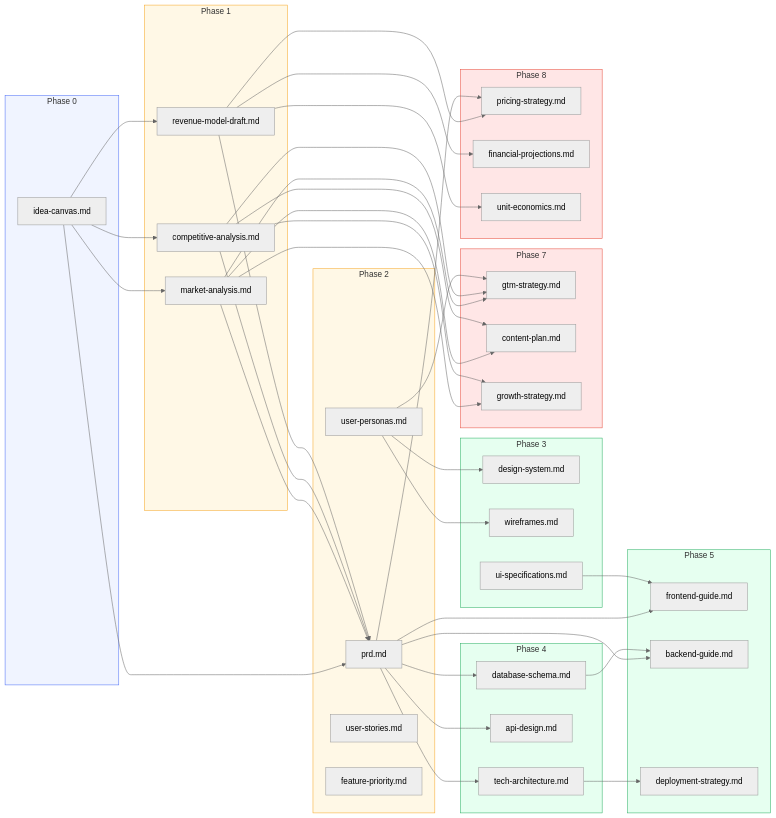
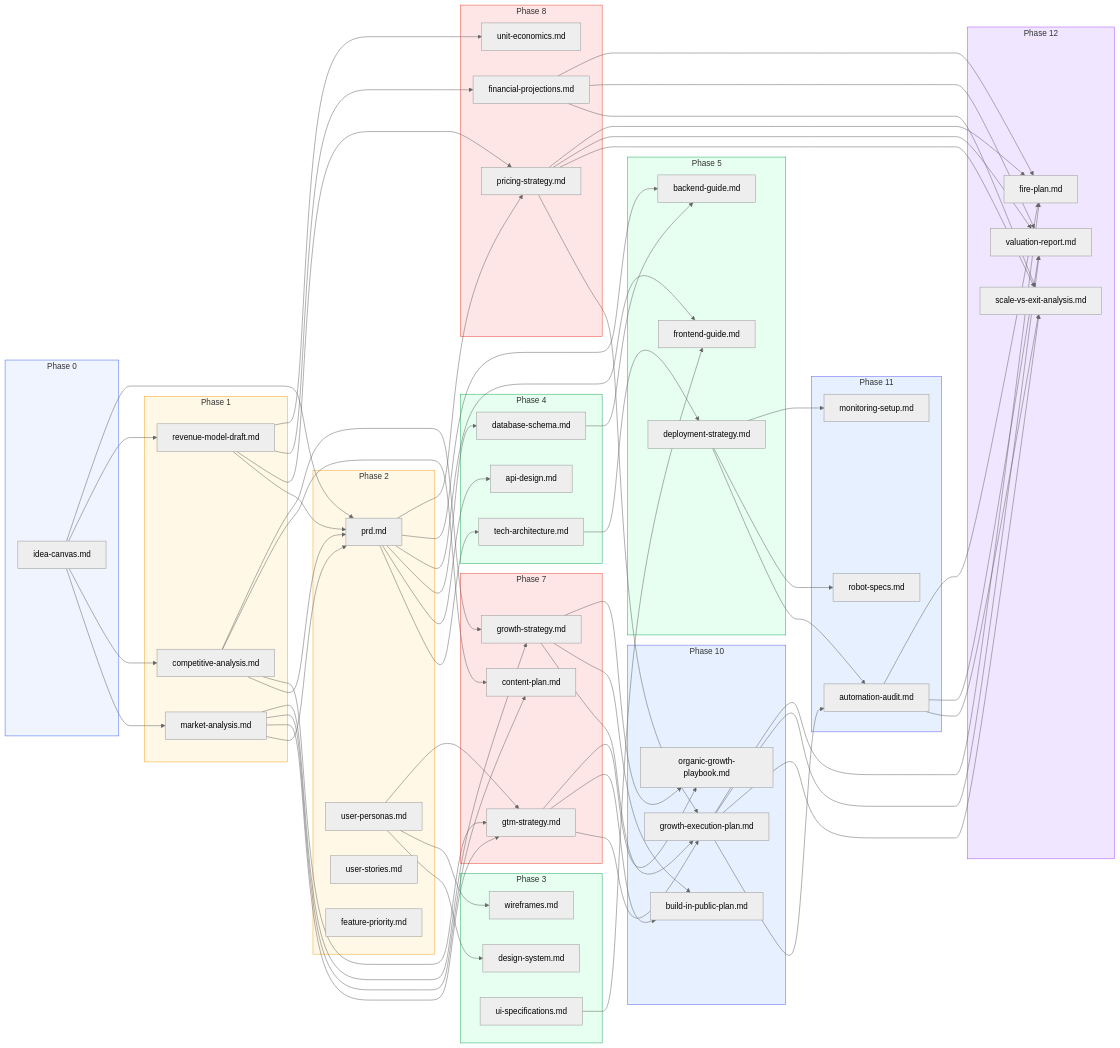
One commit to JayKim88/claude-ai-engineering changed the fifth of 6 diagrams in plugins/business-avengers/README.md. Above: the diagram before and after it, drawn with Mermaid (neutral theme). The commit also changed other lines of this file and 34 other files, not shown here.

````diff
--- a/plugins/business-avengers/README.md
+++ b/plugins/business-avengers/README.md
@@ -312,6 +351,24 @@
         UE["unit-economics.md"]
     end
 
+    subgraph P10["Phase 10"]
+        GEP["growth-execution-plan.md"]
+        BIP["build-in-public-plan.md"]
+        OGP["organic-growth-playbook.md"]
+    end
+
+    subgraph P11["Phase 11"]
+        AA["automation-audit.md"]
+        RS2["robot-specs.md"]
+        MON["monitoring-setup.md"]
+    end
+
+    subgraph P12["Phase 12"]
+        SVE["scale-vs-exit-analysis.md"]
+        VR["valuation-report.md"]
+        FP2["fire-plan.md"]
+    end
+
     IC --> MA & CA & RMD
     IC --> PRD
     MA & CA --> PRD
@@ -325,6 +382,11 @@
     UP --> GTM
     RMD --> PS & FIN & UE
     PRD --> PS
+    GTM & GS --> GEP & BIP & OGP
+    PS --> GEP
+    DEP --> AA & RS2 & MON
+    GEP --> AA
+    PS & FIN & GEP & AA --> SVE & VR & FP2
 
     style P0 fill:#f0f4ff,stroke:#4a6cf7
     style P1 fill:#fff8e6,stroke:#f5a623
@@ -334,4 +396,7 @@
     style P5 fill:#e6fff0,stroke:#27ae60
     style P7 fill:#ffe6e6,stroke:#e74c3c
     style P8 fill:#ffe6e6,stroke:#e74c3c
+    style P10 fill:#e6f0ff,stroke:#6366f1
+    style P11 fill:#e6f0ff,stroke:#6366f1
+    style P12 fill:#f0e6ff,stroke:#a855f7
 ```
````
